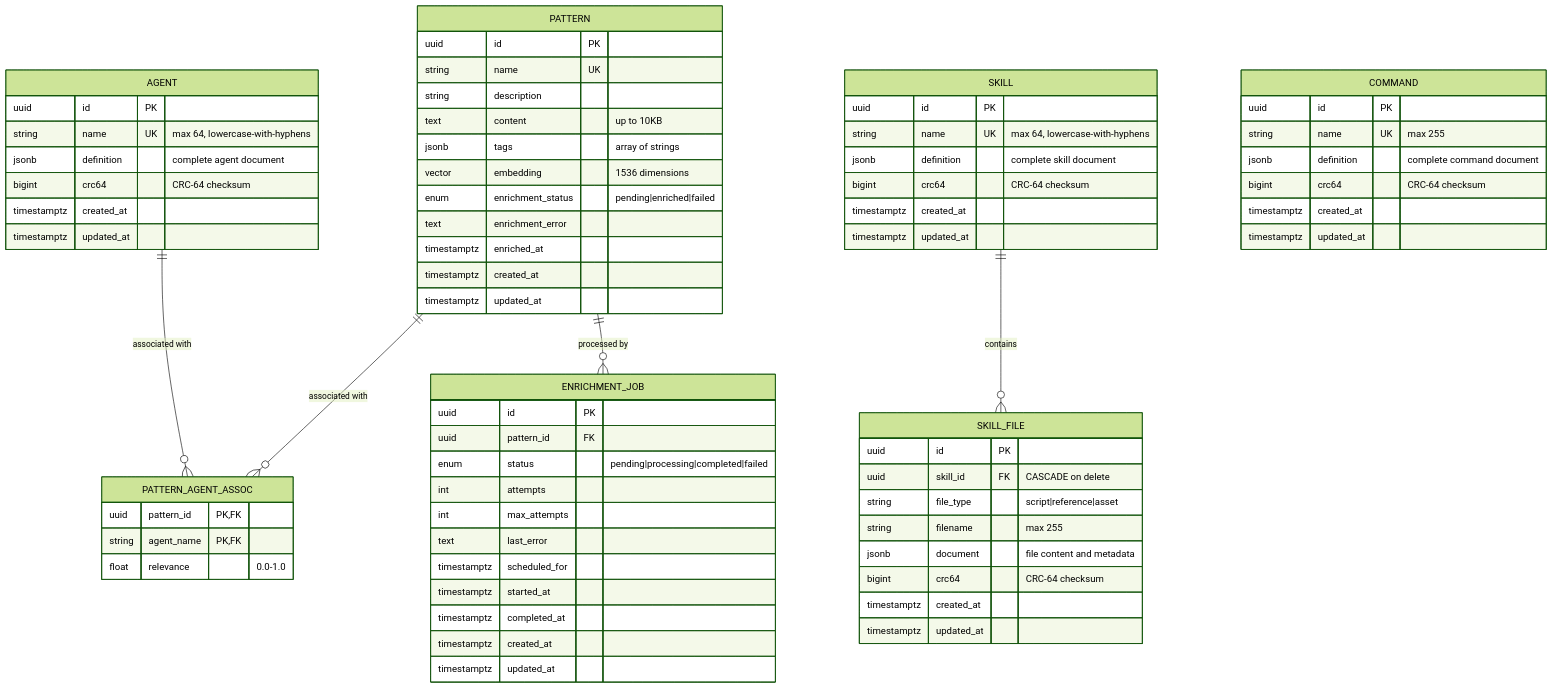
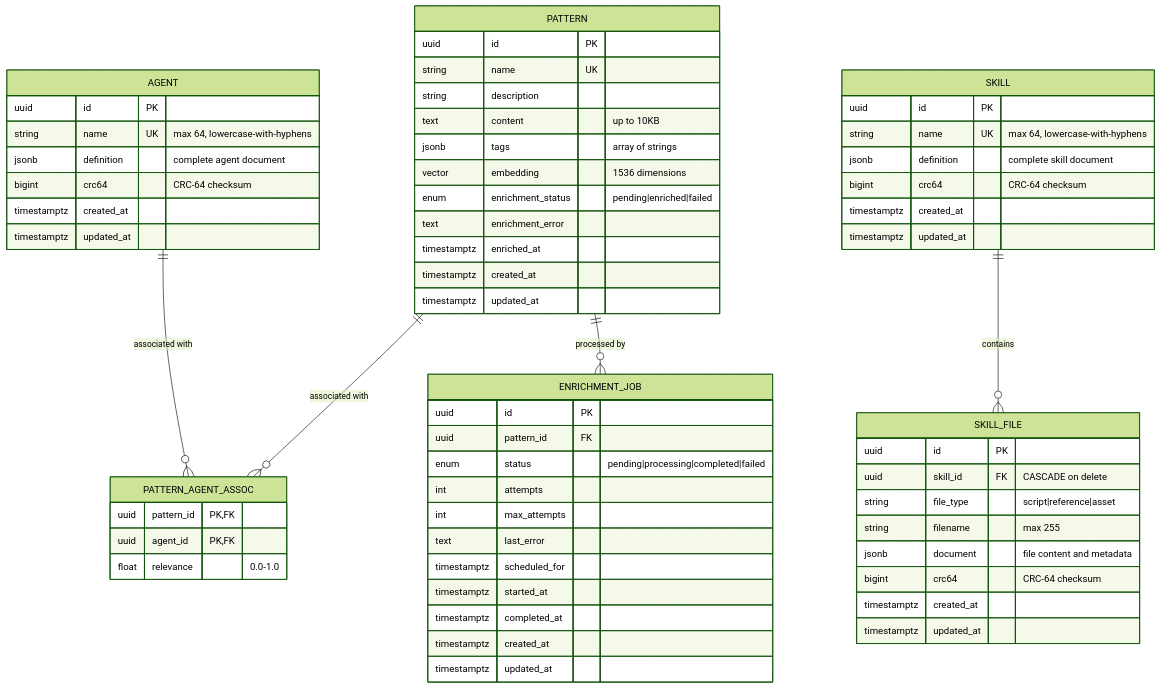
Before and after one commit to twistingmercury/mnemonic-mcp: the second of 14 diagrams in docs/architecture/04-data-architecture.md, drawn with Mermaid (forest theme). The commit also changed other lines of this file and 4 other files, not shown here.

````diff
--- a/docs/architecture/04-data-architecture.md
+++ b/docs/architecture/04-data-architecture.md
@@ -170,79 +168,70 @@
 ```mermaid
 erDiagram
     AGENT ||--o{ PATTERN_AGENT_ASSOC : "associated with"
     PATTERN ||--o{ PATTERN_AGENT_ASSOC : "associated with"
     PATTERN ||--o{ ENRICHMENT_JOB : "processed by"
     SKILL ||--o{ SKILL_FILE : "contains"
 
     AGENT {
         uuid id PK
         string name UK "max 64, lowercase-with-hyphens"
         jsonb definition "complete agent document"
         bigint crc64 "CRC-64 checksum"
         timestamptz created_at
         timestamptz updated_at
     }
 
     PATTERN {
         uuid id PK
         string name UK
         string description
         text content "up to 10KB"
         jsonb tags "array of strings"
         vector embedding "1536 dimensions"
         enum enrichment_status "pending|enriched|failed"
         text enrichment_error
         timestamptz enriched_at
         timestamptz created_at
         timestamptz updated_at
     }
 
     PATTERN_AGENT_ASSOC {
         uuid pattern_id PK,FK
-        string agent_name PK,FK
+        uuid agent_id PK,FK
         float relevance "0.0-1.0"
     }
 
     ENRICHMENT_JOB {
         uuid id PK
         uuid pattern_id FK
         enum status "pending|processing|completed|failed"
         int attempts
         int max_attempts
         text last_error
         timestamptz scheduled_for
         timestamptz started_at
         timestamptz completed_at
         timestamptz created_at
         timestamptz updated_at
     }
 
     SKILL {
         uuid id PK
         string name UK "max 64, lowercase-with-hyphens"
         jsonb definition "complete skill document"
         bigint crc64 "CRC-64 checksum"
         timestamptz created_at
         timestamptz updated_at
     }
 
     SKILL_FILE {
         uuid id PK
         uuid skill_id FK "CASCADE on delete"
         string file_type "script|reference|asset"
         string filename "max 255"
         jsonb document "file content and metadata"
         bigint crc64 "CRC-64 checksum"
         timestamptz created_at
         timestamptz updated_at
     }
-
-    COMMAND {
-        uuid id PK
-        string name UK "max 255"
-        jsonb definition "complete command document"
-        bigint crc64 "CRC-64 checksum"
-        timestamptz created_at
-        timestamptz updated_at
-    }
 ```
````
